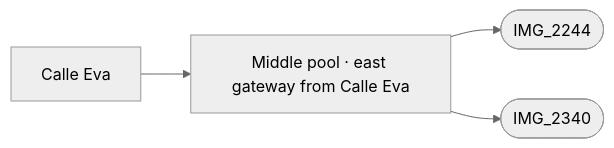
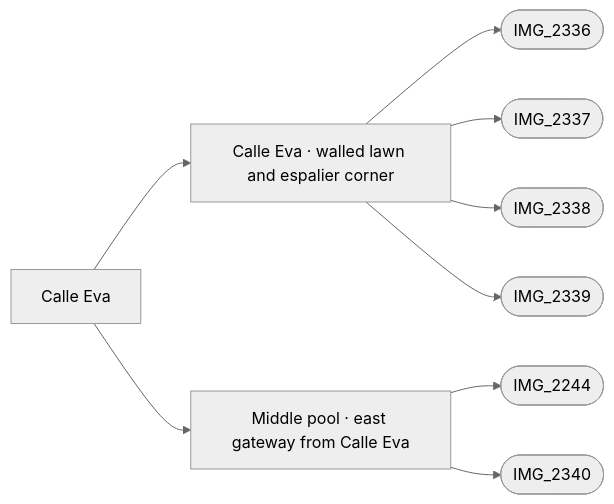
Before and after one commit to daveyboyc/villacana-venture: the diagram in refs/areas/eva.md, drawn with Mermaid (neutral theme). The commit also changed other lines of this file and 20 other files, not shown here.

Commit message:
Build photo-backed Eva lawn corner and flat espalier for #47

````diff
--- a/refs/areas/eva.md
+++ b/refs/areas/eva.md
@@ -36,7 +37,12 @@
 ```mermaid
 graph LR
   A["Calle Eva"]
-  A --> F0["Middle pool · east gateway from Calle Eva"]
-  F0 --> PIMG_2244_jpg(["IMG_2244"])
-  F0 --> PIMG_2340_jpg(["IMG_2340"])
+  A --> F0["Calle Eva · walled lawn and espalier corner"]
+  F0 --> PIMG_2336_jpg(["IMG_2336"])
+  F0 --> PIMG_2337_jpg(["IMG_2337"])
+  F0 --> PIMG_2338_jpg(["IMG_2338"])
+  F0 --> PIMG_2339_jpg(["IMG_2339"])
+  A --> F1["Middle pool · east gateway from Calle Eva"]
+  F1 --> PIMG_2244_jpg(["IMG_2244"])
+  F1 --> PIMG_2340_jpg(["IMG_2340"])
 ```
````
